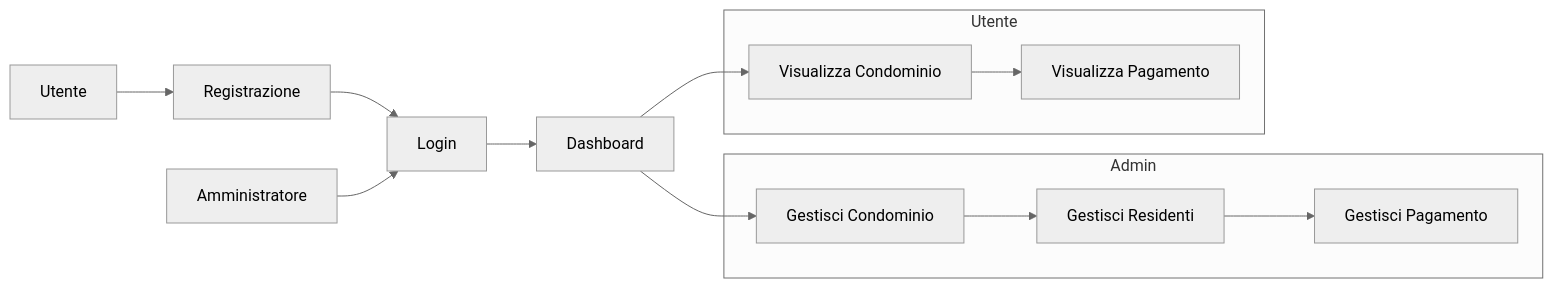
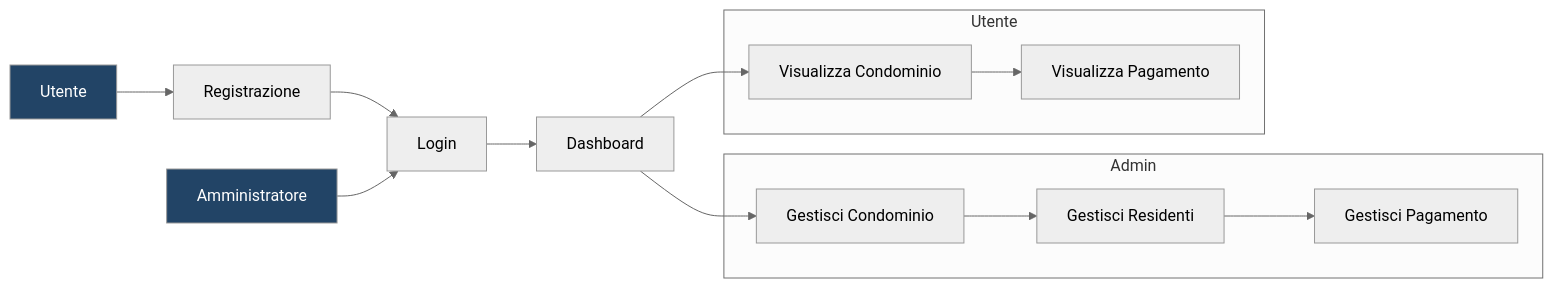
The first of 2 diagrams in slides/1.md (iacobucci/sviluppo_web_in_javascript), drawn with Mermaid before and after one commit. The commit also changed other lines of this file and 7 other files, not shown here.

```diff
--- a/slides/1.md
+++ b/slides/1.md
@@ -76,19 +76,20 @@
 <div class="mermaid" style="width: 45%">
 %%{init: {'theme': 'neutral', 'mirrorActors': false } }%%
 flowchart LR
 	USER[Utente] --> REGISTRAZIONE[Registrazione]
 	REGISTRAZIONE --> LOGIN[Login]
 	ADMIN[Amministratore] --> LOGIN
 	DASHBOARD --> VISUALCONDO
 	DASHBOARD --> GESTCONDO
 	subgraph Admin
 		GESTCONDO[Gestisci Condominio] --> GESTRES
 		GESTRES[Gestisci Residenti] --> GESTPAGAM[Gestisci Pagamento]
 	end
 	subgraph Utente
 		VISUALCONDO[Visualizza Condominio] --> VISUALPAGAM[Visualizza Pagamento]
 	end
 	LOGIN --> DASHBOARD[Dashboard]
-
+	style USER fill:#224466,color:#fff
+	style ADMIN fill:#224466,color:#fff
 
 </div>
```
